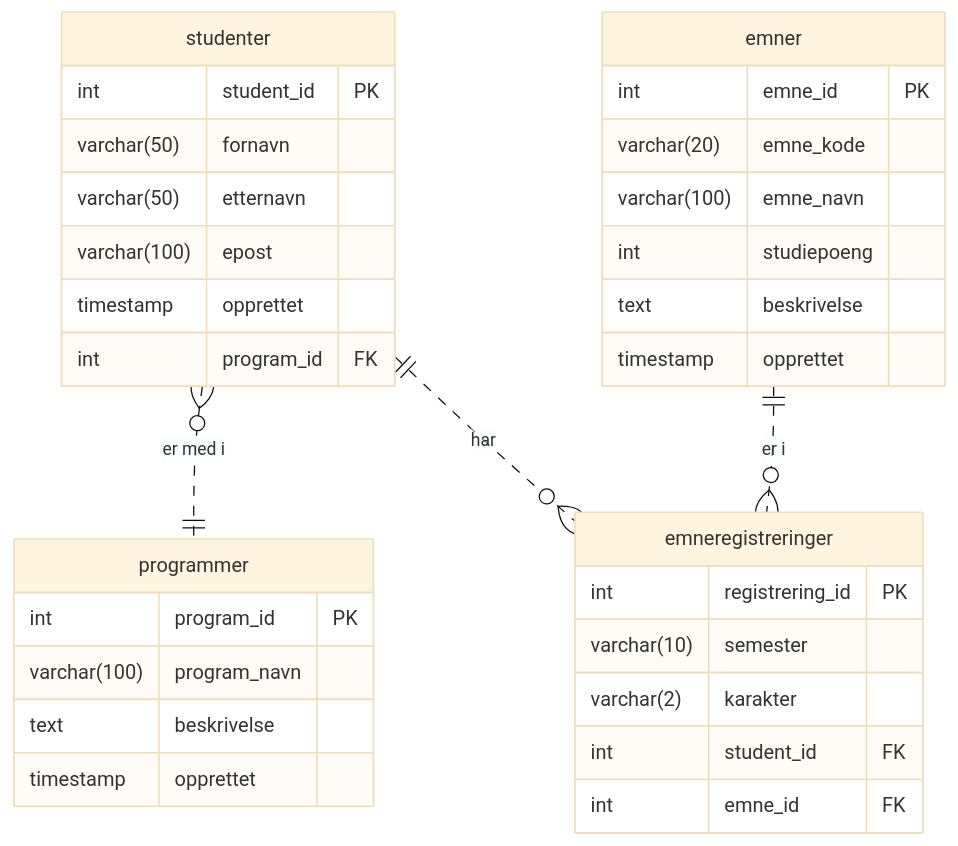
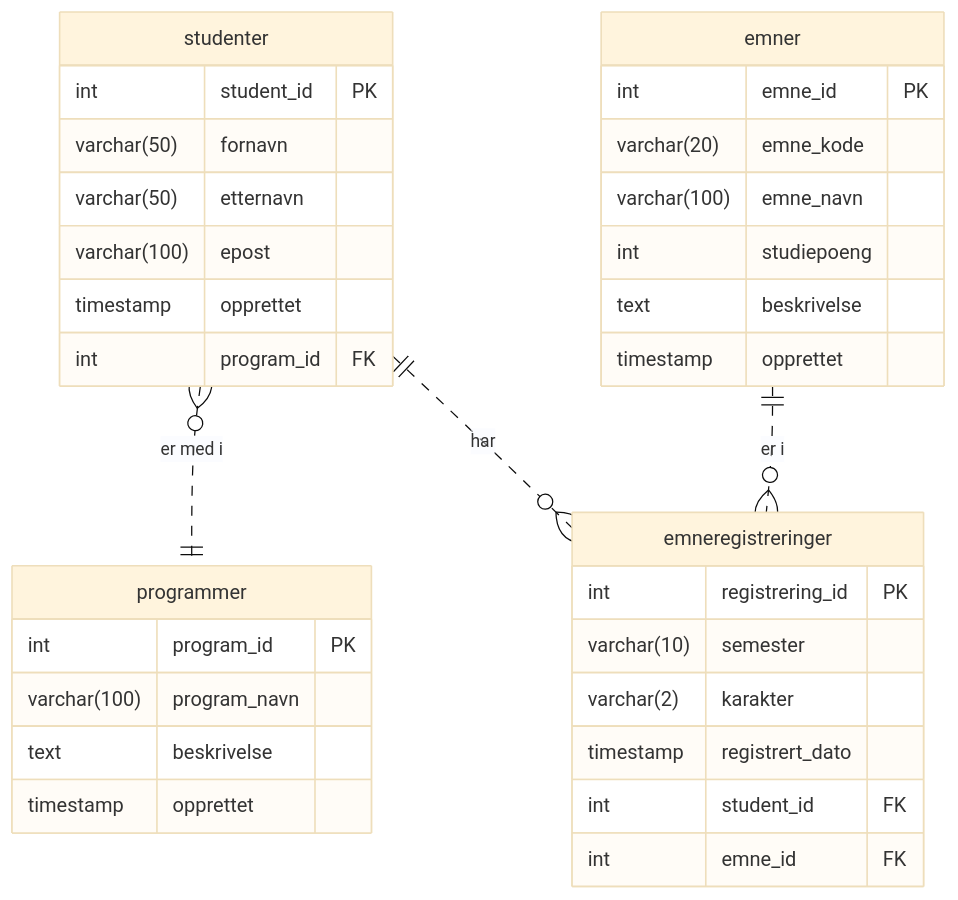
One commit to digitnow/data1500-forelesning changed the seventh of 8 diagrams in forelesning05/forelesningsnotat-fra-modell-til-database.md. Above: the diagram before and after it, drawn with Mermaid (base theme). The commit also changed other lines of this file, not shown here.

Commit message:
rettet dato

````diff
--- a/forelesning05/forelesningsnotat-fra-modell-til-database.md
+++ b/forelesning05/forelesningsnotat-fra-modell-til-database.md
@@ -288,35 +289,36 @@
 ```mermaid
 erDiagram
     studenter {
     	int student_id PK
    		varchar(50) fornavn
         varchar(50) etternavn
     	varchar(100) epost
     	timestamp opprettet
     	int program_id FK
     }
     programmer {
     	int program_id PK
     	varchar(100) program_navn
     	text beskrivelse
     	timestamp opprettet
     }
     emner {
     	int emne_id PK
     	varchar(20) emne_kode
     	varchar(100) emne_navn
     	int studiepoeng
     	text beskrivelse
     	timestamp opprettet
     }
     emneregistreringer {
     	int registrering_id PK
     	varchar(10) semester
     	varchar(2) karakter
+    	timestamp registrert_dato
     	int student_id FK
     	int emne_id FK
     }
     studenter }o..|| programmer: "er med i"
     studenter ||..o{ emneregistreringer: "har"
     emner ||..o{ emneregistreringer: "er i"
 ```
````
